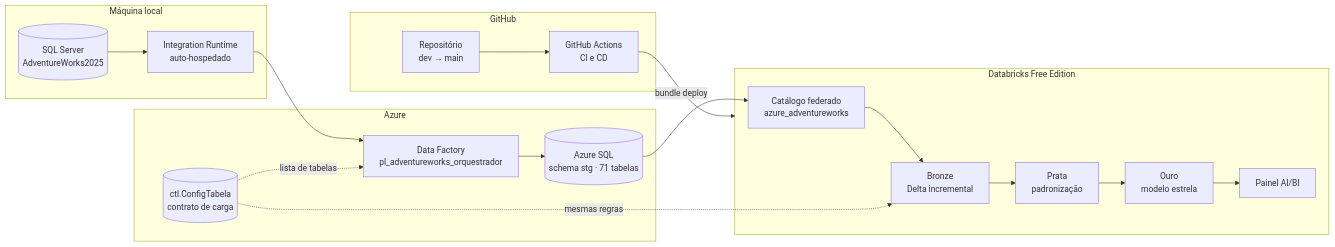
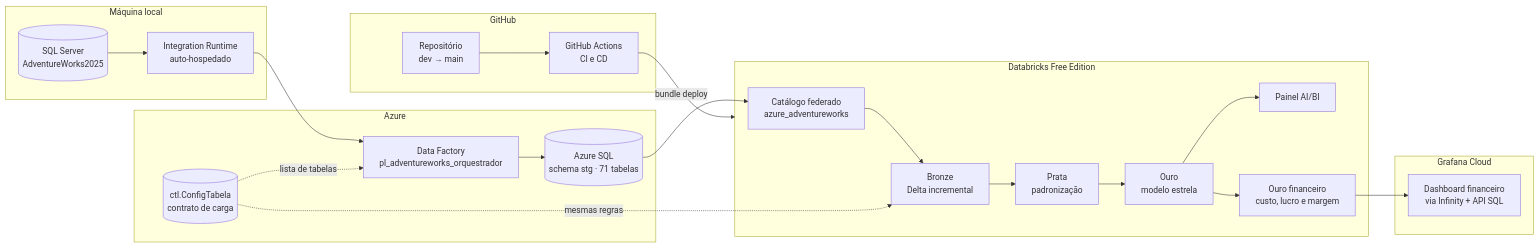
The first of 3 diagrams in README.md (AlexAlvesInacio/adventureworks-lakehouse), drawn with Mermaid before and after one commit. The commit also changed other lines of this file and 2 other files, not shown here.

Commit message:
feat: dashboard financeiro no Grafana com evidência e README atualizado

````diff
--- a/README.md
+++ b/README.md
@@ -33,32 +33,38 @@
 ```mermaid
 flowchart LR
     subgraph LOCAL["Máquina local"]
         A[("SQL Server<br/>AdventureWorks2025")]
         IR["Integration Runtime<br/>auto-hospedado"]
     end
 
     subgraph AZURE["Azure"]
         ADF["Data Factory<br/>pl_adventureworks_orquestrador"]
         CTL[("ctl.ConfigTabela<br/>contrato de carga")]
         STG[("Azure SQL<br/>schema stg · 71 tabelas")]
     end
 
     subgraph DBX["Databricks Free Edition"]
         FED["Catálogo federado<br/>azure_adventureworks"]
         B["Bronze<br/>Delta incremental"]
         S["Prata<br/>padronização"]
         G["Ouro<br/>modelo estrela"]
         P["Painel AI/BI"]
+        F["Ouro financeiro<br/>custo, lucro e margem"]
+    end
+
+    subgraph GRAF["Grafana Cloud"]
+        GD["Dashboard financeiro<br/>via Infinity + API SQL"]
     end
 
     subgraph GH["GitHub"]
         R["Repositório<br/>dev → main"]
         CI["GitHub Actions<br/>CI e CD"]
     end
 
     A --> IR --> ADF --> STG
     CTL -. lista de tabelas .-> ADF
     STG --> FED --> B --> S --> G --> P
+    G --> F --> GD
     CTL -. mesmas regras .-> B
     R --> CI -- bundle deploy --> DBX
 ```
````
